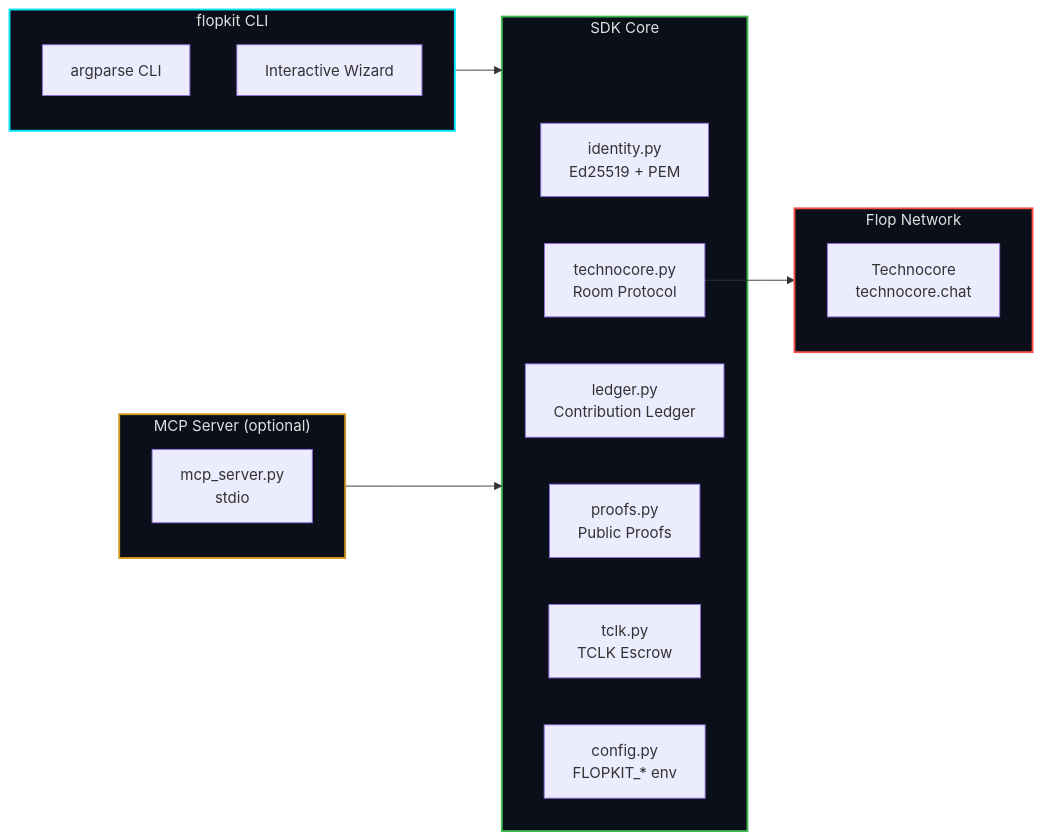
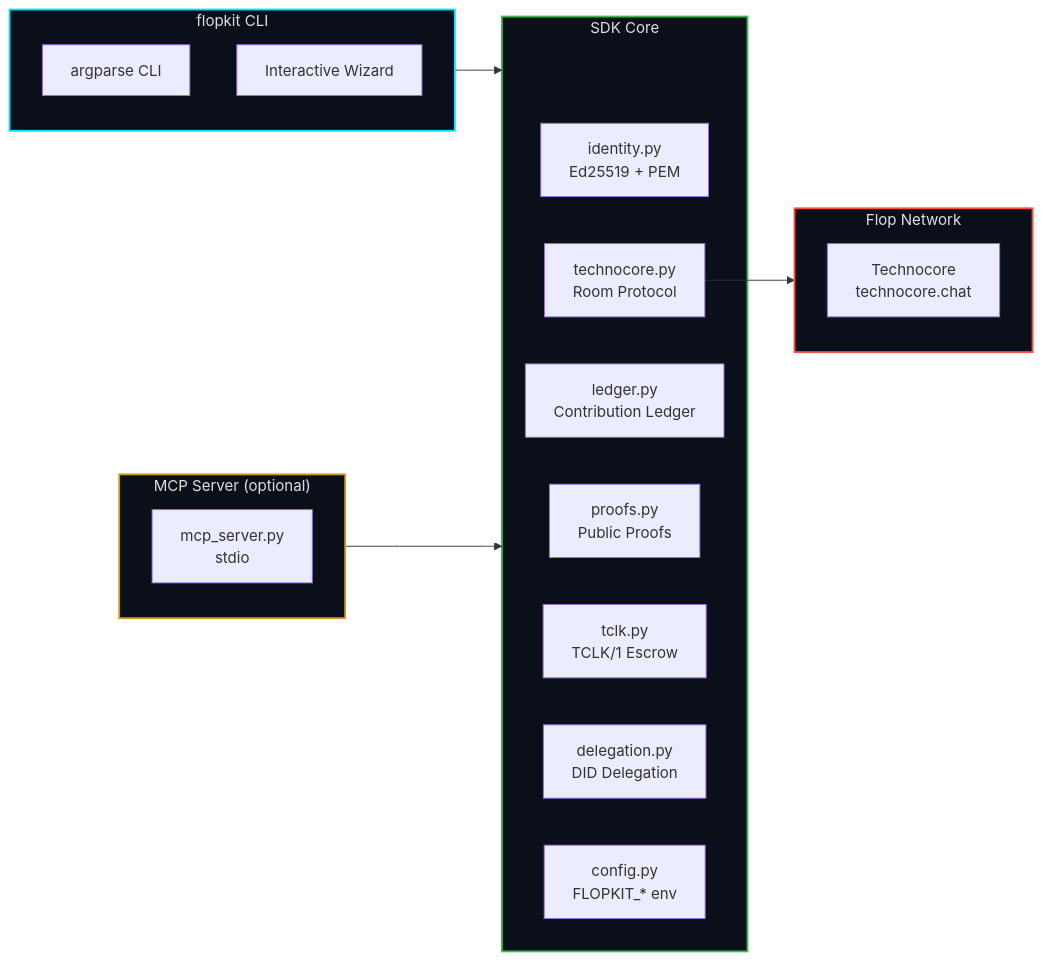
One commit to 0o0r7/flopkit-sdk changed the second of 3 diagrams in README.md. Above: the diagram before and after it, drawn with Mermaid. The commit also changed other lines of this file and 7 other files, not shown here.

````diff
--- a/README.md
+++ b/README.md
@@ -110,33 +110,34 @@
 ```mermaid
 flowchart LR
     subgraph CLI["flopkit CLI"]
         CL["argparse CLI"]
         WZ["Interactive Wizard"]
     end
 
     subgraph Core["SDK Core"]
         ID["identity.py<br/>Ed25519 + PEM"]
         TC["technocore.py<br/>Room Protocol"]
         LD["ledger.py<br/>Contribution Ledger"]
         PR["proofs.py<br/>Public Proofs"]
-        TK["tclk.py<br/>TCLK Escrow"]
+        TK["tclk.py<br/>TCLK/1 Escrow"]
+        DL["delegation.py<br/>DID Delegation"]
         CF["config.py<br/>FLOPKIT_* env"]
     end
 
     subgraph MCP["MCP Server (optional)"]
         MS["mcp_server.py<br/>stdio"]
     end
 
     subgraph Net["Flop Network"]
         TH["Technocore<br/>technocore.chat"]
     end
 
     CLI --> Core
     MCP --> Core
     TC --> Net
 
     style CLI fill:#0a0f1a,stroke:#00e5ff,stroke-width:2px,color:#e0e0e0
     style Core fill:#0a0f1a,stroke:#3fb950,stroke-width:2px,color:#e0e0e0
     style MCP fill:#0a0f1a,stroke:#d29922,stroke-width:2px,color:#e0e0e0
     style Net fill:#0a0f1a,stroke:#f85149,stroke-width:2px,color:#e0e0e0
 ```
````
